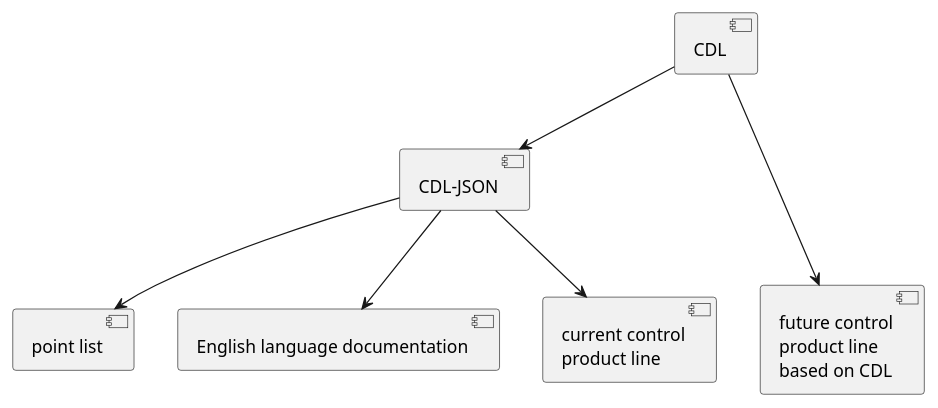
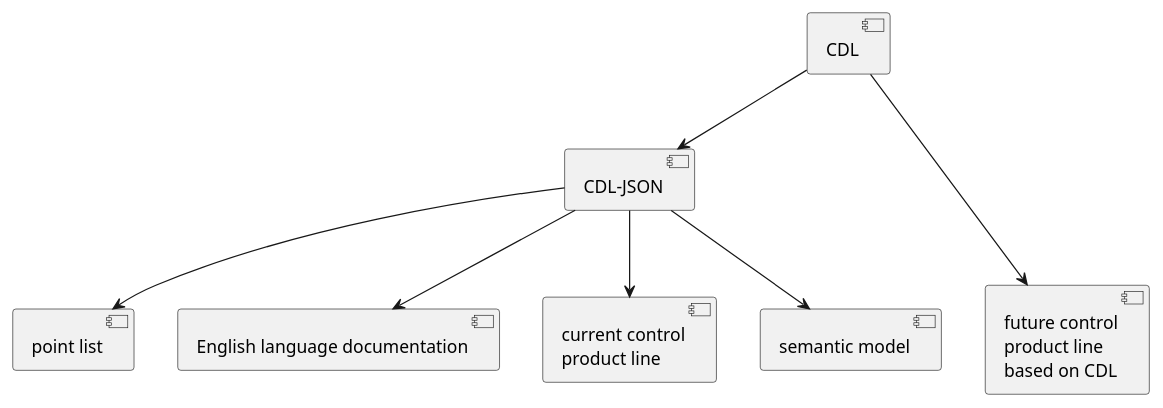
Before and after one commit to lbl-srg/obc: the diagram in specification/source/cdl.rst, drawn with PlantUML. The commit also changed other lines of this file and 5 other files, not shown here.

```diff
--- a/specification/source/cdl.rst
+++ b/specification/source/cdl.rst
@@ -43,27 +42,29 @@
 .. uml::
-   :caption: Translation of CDL to the CDL-JSON intermediate format and to a product line or English language documentation.
+   :caption: Translation of CDL to the CDL-JSON intermediate format and to a product line, a semantic model or English language documentation.
    :width: 550 px
 
    skinparam componentStyle uml2
 
      [CDL]
 
      [CDL-JSON]
 
      [point list]
 
      [English language documentation]
 
      [current control\nproduct line]
 
      [future control\nproduct line\nbased on CDL]
 
      [CDL] -d-> [CDL-JSON]
 
      [CDL-JSON] --> [current control\nproduct line]
 
      [CDL-JSON] --> [English language documentation]
 
+     [CDL-JSON] --> [semantic model]
+
      [CDL-JSON] --> [point list]
 
      [CDL] ---> [future control\nproduct line\nbased on CDL]
```
